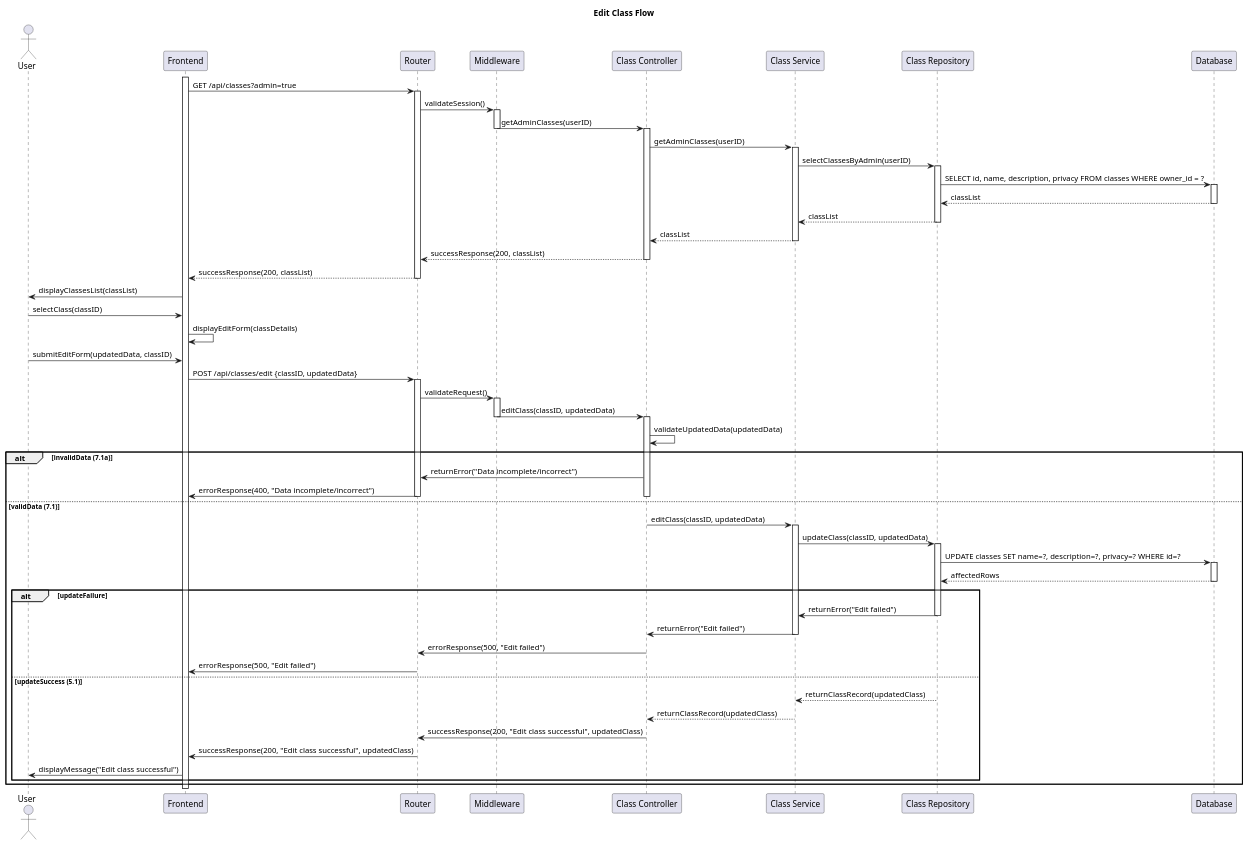
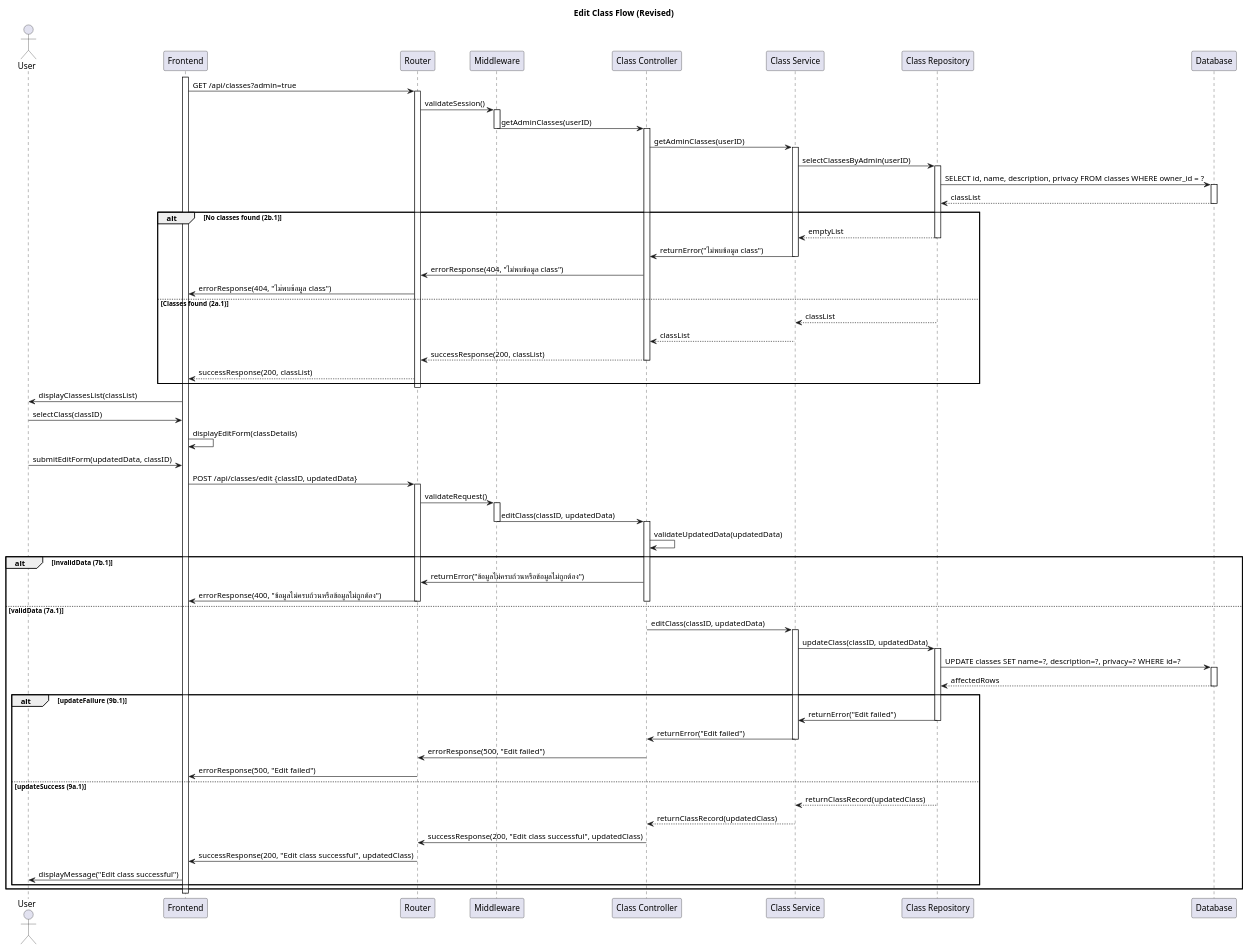
One commit to CS371-Project-Management/CS371-Sequence-Diagram changed the diagram in SD-Edit-Class.puml. Above: the diagram before and after it, drawn with PlantUML. The commit also changed 4 other files, not shown here.

```diff
--- a/SD-Edit-Class.puml
+++ b/SD-Edit-Class.puml
@@ -1,92 +1,101 @@
 @startuml
-title Edit Class Flow
+title Edit Class Flow (Revised)
 
 actor User
 participant "Frontend" as FE
 participant "Router" as Router
 participant "Middleware" as MW
 participant "Class Controller" as Controller
 participant "Class Service" as Service
 participant "Class Repository" as Repository
 participant "Database" as DB
 
 'Retrieve Admin Classes'
 activate FE
 FE -> Router: GET /api/classes?admin=true
 activate Router
 Router -> MW: validateSession()
 activate MW
 MW -> Controller: getAdminClasses(userID)
 deactivate MW
 activate Controller
 Controller -> Service: getAdminClasses(userID)
 activate Service
 Service -> Repository: selectClassesByAdmin(userID)
 activate Repository
 Repository -> DB: SELECT id, name, description, privacy FROM classes WHERE owner_id = ?
 activate DB
 DB --> Repository: classList
 deactivate DB
-Repository --> Service: classList
-deactivate Repository
-Service --> Controller: classList
-deactivate Service
-Controller --> Router: successResponse(200, classList)
-deactivate Controller
-Router --> FE: successResponse(200, classList)
+alt No classes found (2b.1)
+    Repository --> Service: emptyList
+    deactivate Repository
+    Service -> Controller: returnError("ไม่พบข้อมูล class")
+    deactivate Service
+    Controller -> Router: errorResponse(404, "ไม่พบข้อมูล class")
+    Router -> FE: errorResponse(404, "ไม่พบข้อมูล class")
+else Classes found (2a.1)
+    Repository --> Service: classList
+    deactivate Repository
+    Service --> Controller: classList
+    deactivate Service
+    Controller --> Router: successResponse(200, classList)
+    deactivate Controller
+    Router --> FE: successResponse(200, classList)
+end
 deactivate Router
 FE -> User: displayClassesList(classList)
 
 'Edit Class'
 User -> FE: selectClass(classID)
 FE -> FE: displayEditForm(classDetails)
 
 User -> FE: submitEditForm(updatedData, classID)
 FE -> Router: POST /api/classes/edit {classID, updatedData}
 activate Router
 Router -> MW: validateRequest()
 activate MW
 MW -> Controller: editClass(classID, updatedData)
 deactivate MW
 activate Controller
 Controller -> Controller: validateUpdatedData(updatedData)
-alt invalidData (7.1a)
-    Controller -> Router: returnError("Data incomplete/incorrect")
-    Router -> FE: errorResponse(400, "Data incomplete/incorrect")
+alt invalidData (7b.1)
+    Controller -> Router: returnError("ข้อมูลไม่ครบถ้วนหรือข้อมูลไม่ถูกต้อง")
+    Router -> FE: errorResponse(400, "ข้อมูลไม่ครบถ้วนหรือข้อมูลไม่ถูกต้อง")
     deactivate Controller
     deactivate Router
-else validData (7.1)
+else validData (7a.1)
     Controller -> Service: editClass(classID, updatedData)
     activate Service
     Service -> Repository: updateClass(classID, updatedData)
     activate Repository
     Repository -> DB: UPDATE classes SET name=?, description=?, privacy=? WHERE id=?
     activate DB
     DB --> Repository: affectedRows
     deactivate DB
-    alt updateFailure
+    alt updateFailure (9b.1)
         Repository -> Service: returnError("Edit failed")
         deactivate Repository
         Service -> Controller: returnError("Edit failed")
         deactivate Service
         Controller -> Router: errorResponse(500, "Edit failed")
         Router -> FE: errorResponse(500, "Edit failed")
         deactivate Controller
         deactivate MW
         deactivate Router
-    else updateSuccess (5.1)
+    else updateSuccess (9a.1)
         Repository --> Service: returnClassRecord(updatedClass)
         deactivate Repository
         Service --> Controller: returnClassRecord(updatedClass)
         deactivate Service
         Controller -> Router: successResponse(200, "Edit class successful", updatedClass)
         Router -> FE: successResponse(200, "Edit class successful", updatedClass)
         FE -> User: displayMessage("Edit class successful")
         deactivate Controller
         deactivate MW
         deactivate Router
     end
 end
 deactivate FE
 
 @enduml
```
